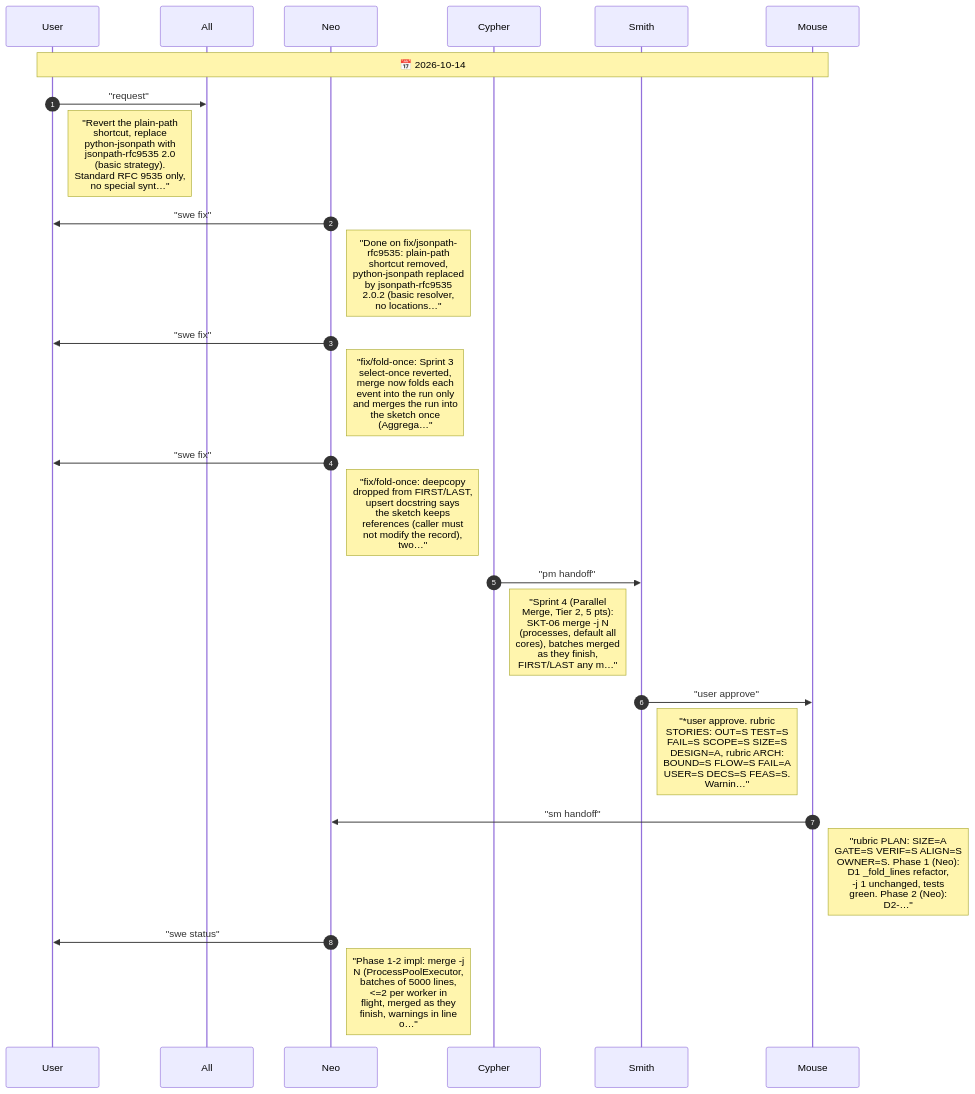
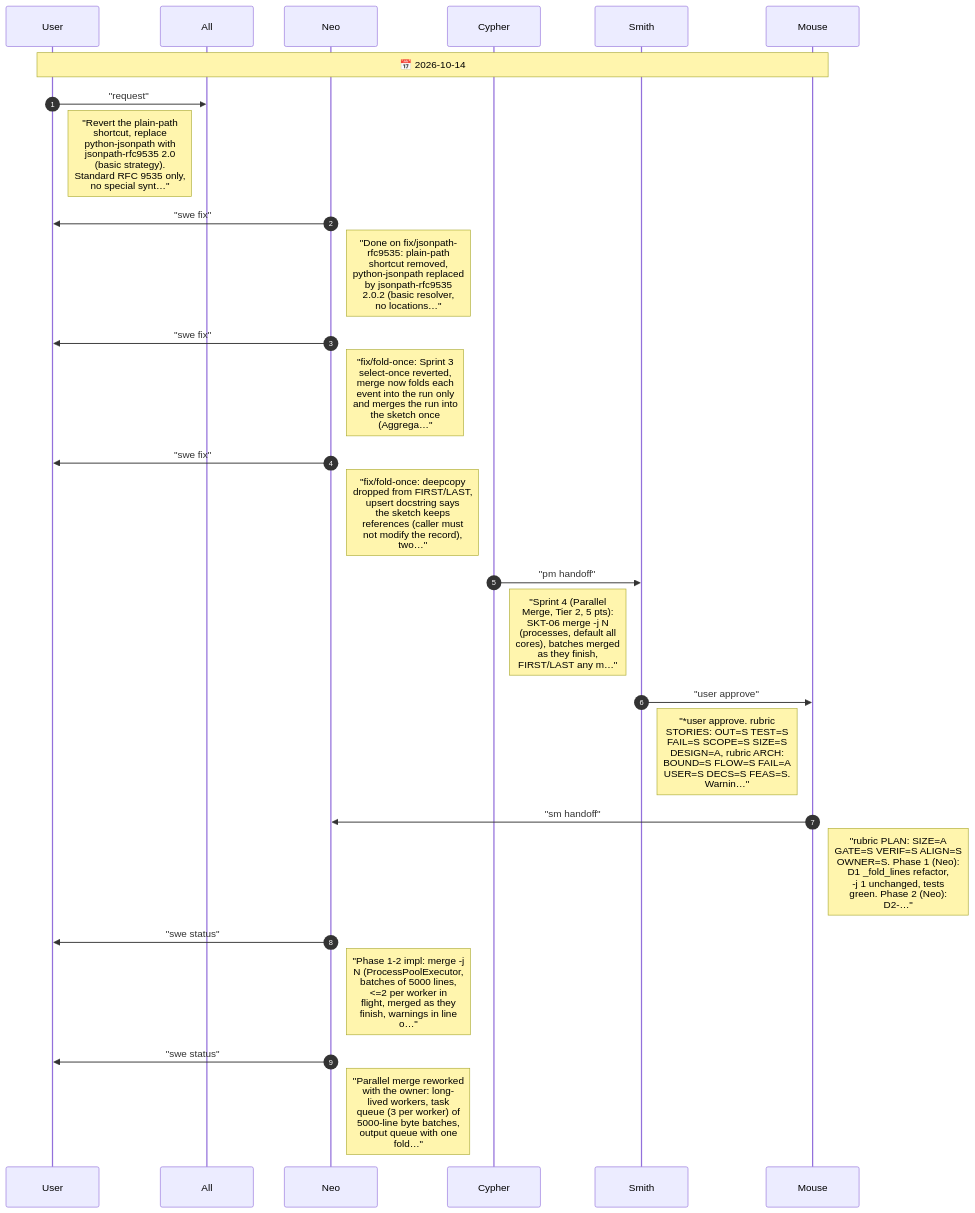
The diagram in agents/CHAT.diagram.md (drusifer/sketch-tastic), drawn with Mermaid before and after one commit. The commit also changed 4 other files, not shown here.

First line of the commit message:
perf(cli): fold in long-lived workers, merge one fold per worker

````diff
--- a/agents/CHAT.diagram.md
+++ b/agents/CHAT.diagram.md
@@ -5,28 +5,30 @@
 ```mermaid
 %%{init: {"sequence": {"messageFontSize": 14, "noteFontSize": 18, "actorFontSize": 14}}}%%
 sequenceDiagram
     autonumber
     participant User
     participant All
     participant Neo
     participant Cypher
     participant Smith
     participant Mouse
     Note over User,Mouse: 📅 2026-10-14
     User->>All: "request"
     Note right of User: "Revert the plain-path<br/>shortcut, replace<br/>python-jsonpath with<br/>jsonpath-rfc9535 2.0<br/>(basic strategy).<br/>Standard RFC 9535 only,<br/>no special synt…"
     Neo->>User: "swe fix"
     Note right of Neo: "Done on fix/jsonpath-<br/>rfc9535: plain-path<br/>shortcut removed,<br/>python-jsonpath replaced<br/>by jsonpath-rfc9535<br/>2.0.2 (basic resolver,<br/>no locations…"
     Neo->>User: "swe fix"
     Note right of Neo: "fix/fold-once: Sprint 3<br/>select-once reverted,<br/>merge now folds each<br/>event into the run only<br/>and merges the run into<br/>the sketch once<br/>(Aggrega…"
     Neo->>User: "swe fix"
     Note right of Neo: "fix/fold-once: deepcopy<br/>dropped from FIRST/LAST,<br/>upsert docstring says<br/>the sketch keeps<br/>references (caller must<br/>not modify the record),<br/>two…"
     Cypher->>Smith: "pm handoff"
     Note right of Cypher: "Sprint 4 (Parallel<br/>Merge, Tier 2, 5 pts):<br/>SKT-06 merge -j N<br/>(processes, default all<br/>cores), batches merged<br/>as they finish,<br/>FIRST/LAST any m…"
     Smith->>Mouse: "user approve"
     Note right of Smith: "*user approve. rubric<br/>STORIES: OUT=S TEST=S<br/>FAIL=S SCOPE=S SIZE=S<br/>DESIGN=A, rubric ARCH:<br/>BOUND=S FLOW=S FAIL=A<br/>USER=S DECS=S FEAS=S.<br/>Warnin…"
     Mouse->>Neo: "sm handoff"
     Note right of Mouse: "rubric PLAN: SIZE=A<br/>GATE=S VERIF=S ALIGN=S<br/>OWNER=S. Phase 1 (Neo):<br/>D1 _fold_lines refactor,<br/>-j 1 unchanged, tests<br/>green. Phase 2 (Neo):<br/>D2-…"
     Neo->>User: "swe status"
     Note right of Neo: "Phase 1-2 impl: merge -j<br/>N (ProcessPoolExecutor,<br/>batches of 5000 lines,<br/><=2 per worker in<br/>flight, merged as they<br/>finish, warnings in line<br/>o…"
+    Neo->>User: "swe status"
+    Note right of Neo: "Parallel merge reworked<br/>with the owner: long-<br/>lived workers, task<br/>queue (3 per worker) of<br/>5000-line byte batches,<br/>output queue with one<br/>fold…"
 ```
````
